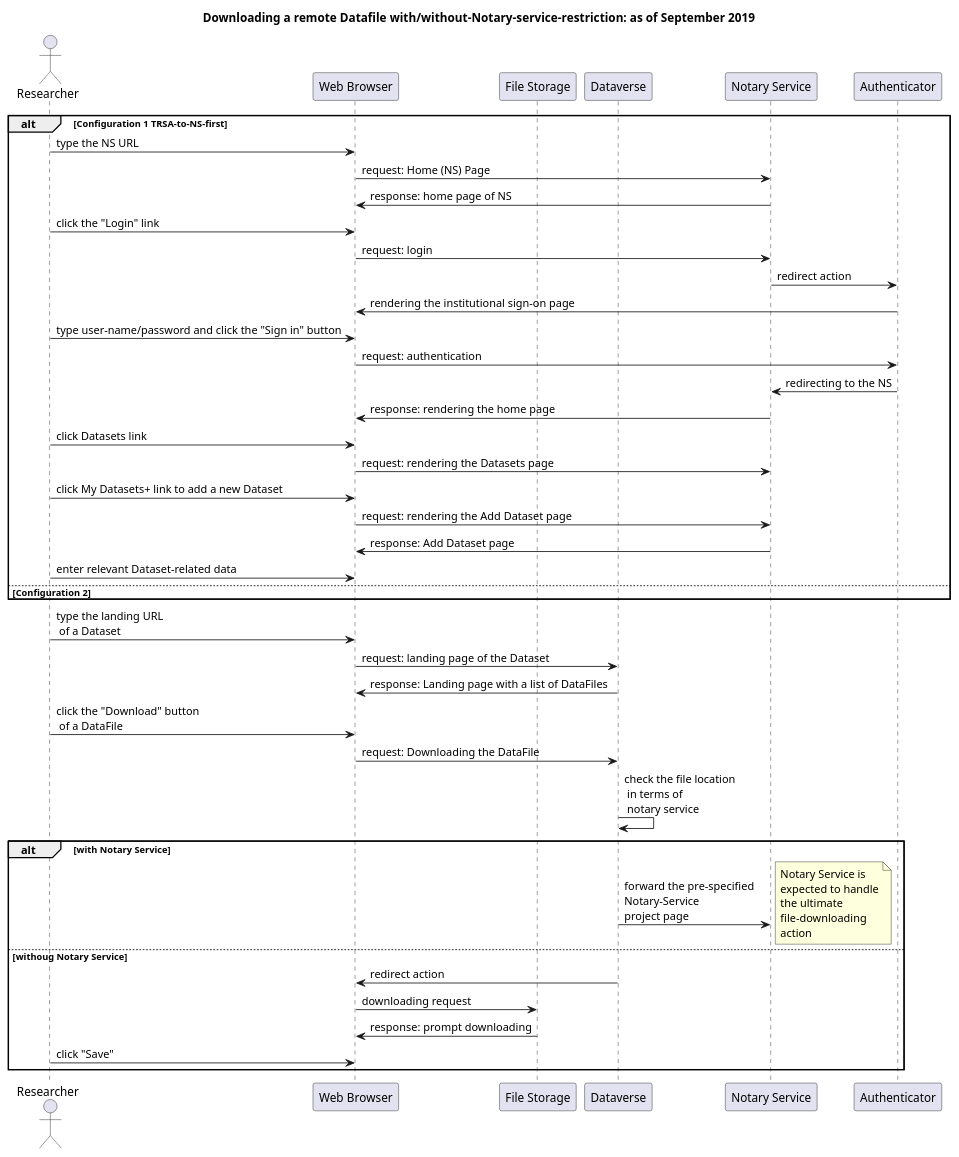
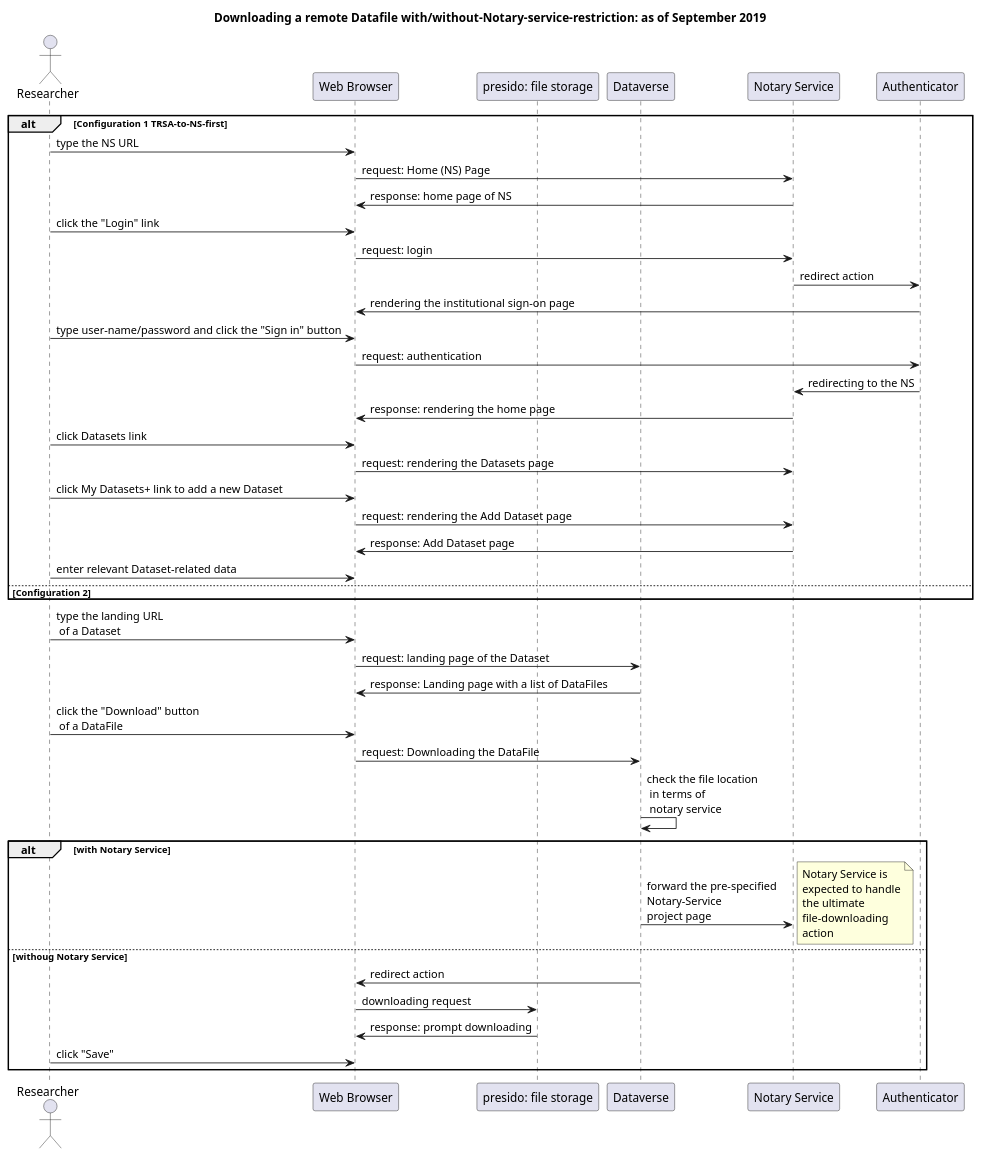
Before and after one commit to uncch-rdmc/trsa-web: the first of 9 diagrams in src/main/resources/doc/uml-diagrams-trsa-web.puml, drawn with PlantUML. The commit also changed 2 other files, not shown here.

```diff
--- a/src/main/resources/doc/uml-diagrams-trsa-web.puml
+++ b/src/main/resources/doc/uml-diagrams-trsa-web.puml
@@ -7,56 +7,57 @@
 @startuml
 title Downloading a remote Datafile with/without-Notary-service-restriction: as of September 2019
 actor Researcher as rs
 'actor "Data Provider" as dp
 participant "Web Browser" as wb
 'participant TRSA as sa
-participant "File Storage" as fs
+participant "presido: file storage" as fs
 participant  Dataverse as dv
 participant "Notary Service" as ns
 participant "Authenticator" as ia
+
 alt Configuration 1 TRSA-to-NS-first
 rs -> wb: type the NS URL
 wb -> ns: request: Home (NS) Page
 ns -> wb: response: home page of NS
 rs -> wb: click the "Login" link
 wb -> ns: request: login
 ns -> ia: redirect action
 ia -> wb: rendering the institutional sign-on page
 rs -> wb: type user-name/password and click the "Sign in" button
 wb -> ia: request: authentication
 ia -> ns: redirecting to the NS
 ns -> wb: response: rendering the home page
 rs -> wb: click Datasets link
 wb -> ns: request: rendering the Datasets page
 rs -> wb: click My Datasets+ link to add a new Dataset
 wb -> ns: request: rendering the Add Dataset page
 ns -> wb: response: Add Dataset page
 rs -> wb: enter relevant Dataset-related data
 
 
 else Configuration 2
 
 end
 
 rs -> wb: type the landing URL\n of a Dataset
 wb -> dv: request: landing page of the Dataset
 dv -> wb: response: Landing page with a list of DataFiles
 rs -> wb: click the "Download" button\n of a DataFile
 wb -> dv: request: Downloading the DataFile
 dv -> dv: check the file location\n in terms of\n notary service
 alt with Notary Service
 dv -> ns: forward the pre-specified \nNotary-Service \nproject page
 note right
 Notary Service is
 expected to handle
 the ultimate
 file-downloading
 action
 end note
 else withoug Notary Service
 dv -> wb: redirect action
 wb -> fs: downloading request
 fs -> wb: response: prompt downloading
 rs -> wb: click "Save"
 end
 @enduml
```
